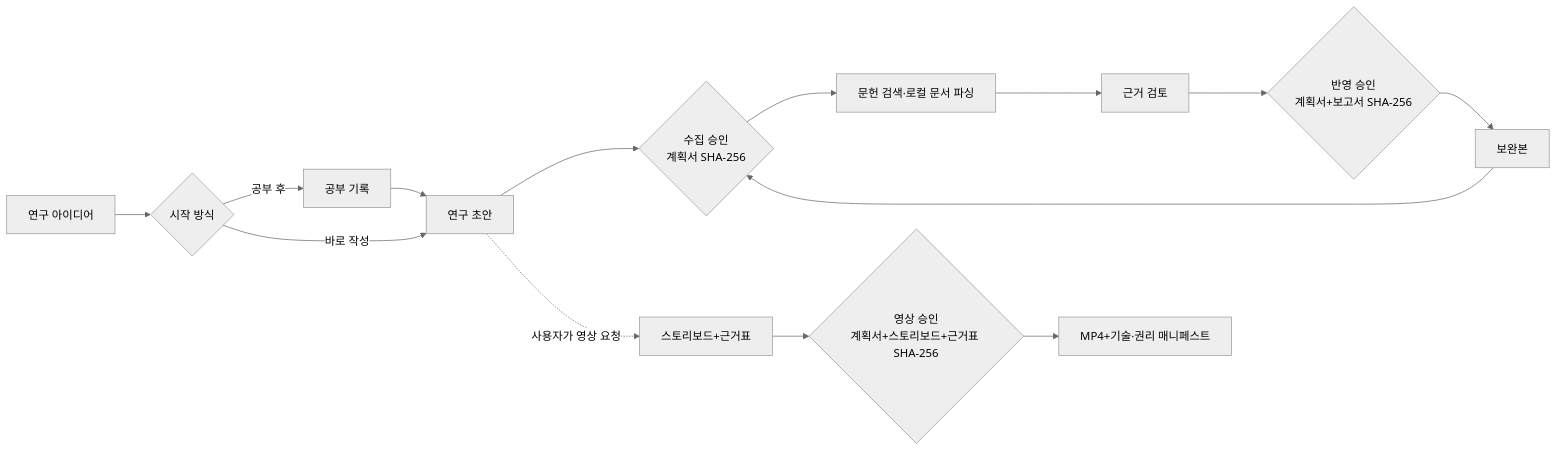
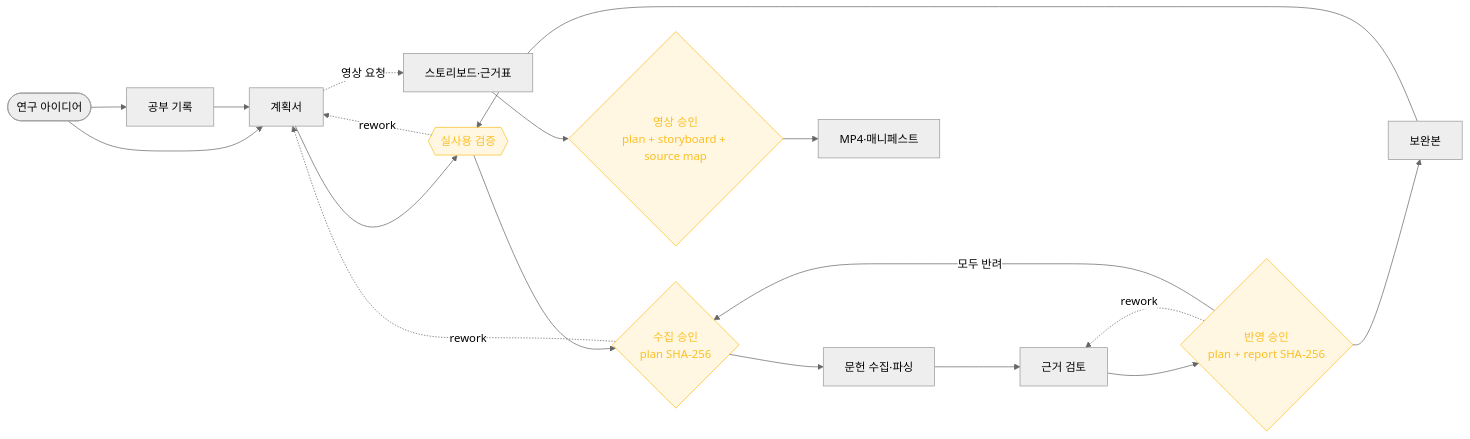
Before and after one commit to yangyeontae-blip/research-orchestrator-kit: the diagram in README.md, drawn with Mermaid (neutral theme). The commit also changed other lines of this file and 36 other files, not shown here.

````diff
--- a/README.md
+++ b/README.md
@@ -44,16 +67,23 @@
 ```mermaid
 flowchart LR
-    I[연구 아이디어] --> M{시작 방식}
-    M -->|공부 후| S[공부 기록]
-    M -->|바로 작성| P[연구 초안]
+    I([연구 아이디어]) --> S[공부 기록]
+    I --> P[계획서]
     S --> P
-    P --> G1{수집 승인\n계획서 SHA-256}
-    G1 --> L[문헌 검색·로컬 문서 파싱]
+    P --> U{{실사용 검증}}
+    U --> G1{수집 승인<br/>plan SHA-256}
+    U -. rework .-> P
+    G1 -. rework .-> P
+    G1 --> L[문헌 수집·파싱]
     L --> E[근거 검토]
-    E --> G2{반영 승인\n계획서+보고서 SHA-256}
+    E --> G2{반영 승인<br/>plan + report SHA-256}
+    G2 -. rework .-> E
+    G2 -- 모두 반려 --> G1
     G2 --> R[보완본]
-    R --> G1
-    P -. 사용자가 영상 요청 .-> V1[스토리보드+근거표]
-    V1 --> G3{영상 승인\n계획서+스토리보드+근거표 SHA-256}
-    G3 --> V2[MP4+기술·권리 매니페스트]
+    R --> U
+    P -. 영상 요청 .-> V1[스토리보드·근거표]
+    V1 --> G3{영상 승인<br/>plan + storyboard + source map}
+    G3 --> V2[MP4·매니페스트]
+
+    classDef gate fill:#FBBF2422,stroke:#FBBF24,color:#FBBF24
+    class G1,G2,G3,U gate
 ```
````
